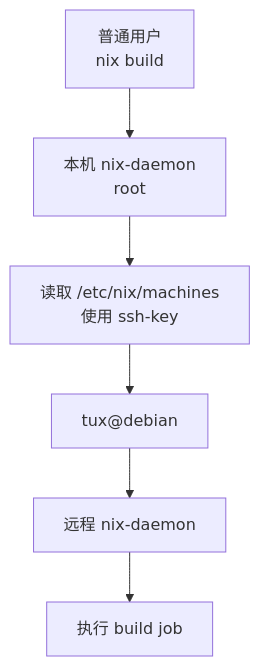
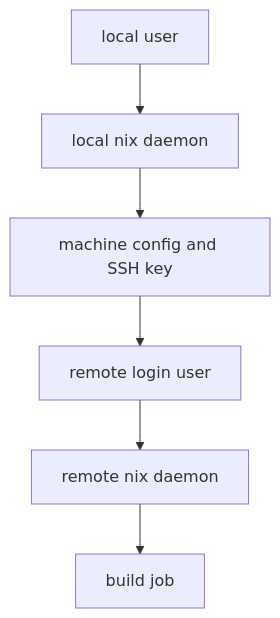
Before and after one commit to zerokaze420/zerokaze_blog_sveltekit: the fifth of 8 diagrams in src/lib/posts/nix-remote-build.md, drawn with Mermaid. The commit also changed other lines of this file and 2 other files, not shown here.

Commit message:
Add post table of contents and fix Mermaid rendering

````diff
--- a/src/lib/posts/nix-remote-build.md
+++ b/src/lib/posts/nix-remote-build.md
@@ -193,8 +193,8 @@
 ```mermaid
 flowchart TD
-  user["普通用户\nnix build"] --> daemon["本机 nix-daemon\nroot"]
-  daemon --> ssh["读取 /etc/nix/machines\n使用 ssh-key"]
-  ssh --> remote["tux@debian"]
-  remote --> rdaemon["远程 nix-daemon"]
-  rdaemon --> build["执行 build job"]
+  user["local user"] --> daemon["local nix daemon"]
+  daemon --> ssh["machine config and SSH key"]
+  ssh --> remote["remote login user"]
+  remote --> rdaemon["remote nix daemon"]
+  rdaemon --> build["build job"]
 ```
````
